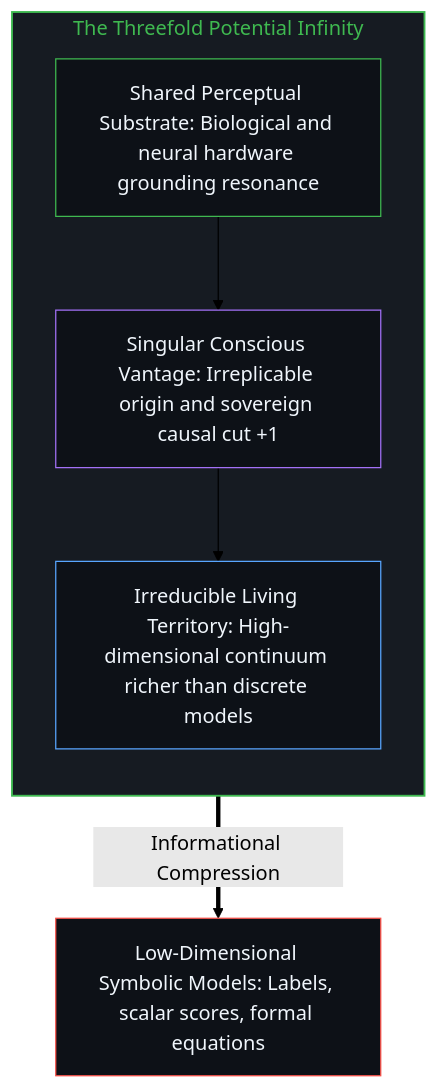
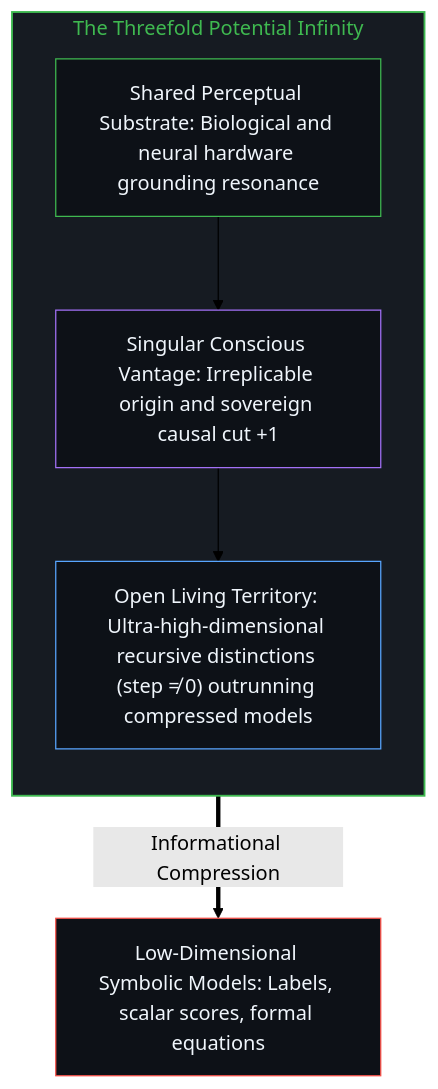
One commit to powerpig99/not-a-toe changed the second of 10 diagrams in content/posts/the-shadow-and-the-infinite.md. Above: the diagram before and after it, drawn with Mermaid (forest theme). The commit also changed other lines of this file and 2 other files, not shown here.

````diff
--- a/content/posts/the-shadow-and-the-infinite.md
+++ b/content/posts/the-shadow-and-the-infinite.md
@@ -46,18 +46,18 @@
 ```mermaid
 flowchart TD
     subgraph ThreefoldInfinity["The Threefold Potential Infinity"]
         direction TB
         SubstrateFold["Shared Perceptual Substrate: Biological and neural hardware grounding resonance"]
         PerspectiveFold["Singular Conscious Vantage: Irreplicable origin and sovereign causal cut +1"]
-        TerritoryFold["Irreducible Living Territory: High-dimensional continuum richer than discrete models"]
+        TerritoryFold["Open Living Territory: Ultra-high-dimensional recursive distinctions (step ≠ 0) outrunning compressed models"]
         SubstrateFold --> PerspectiveFold
         PerspectiveFold --> TerritoryFold
     end
     LowDModel["Low-Dimensional Symbolic Models: Labels, scalar scores, formal equations"]
     TerritoryFold ==>|"Informational Compression"| LowDModel
     style ThreefoldInfinity fill:#161b22,stroke:#3fb950,stroke-width:1.5px,color:#3fb950
     style SubstrateFold fill:#0d1117,stroke:#3fb950,stroke-width:1px,color:#f0f6fc
     style PerspectiveFold fill:#0d1117,stroke:#a371f7,stroke-width:1px,color:#f0f6fc
     style TerritoryFold fill:#0d1117,stroke:#58a6ff,stroke-width:1px,color:#f0f6fc
     style LowDModel fill:#0d1117,stroke:#f85149,stroke-width:1px,color:#f0f6fc
 ```
````
